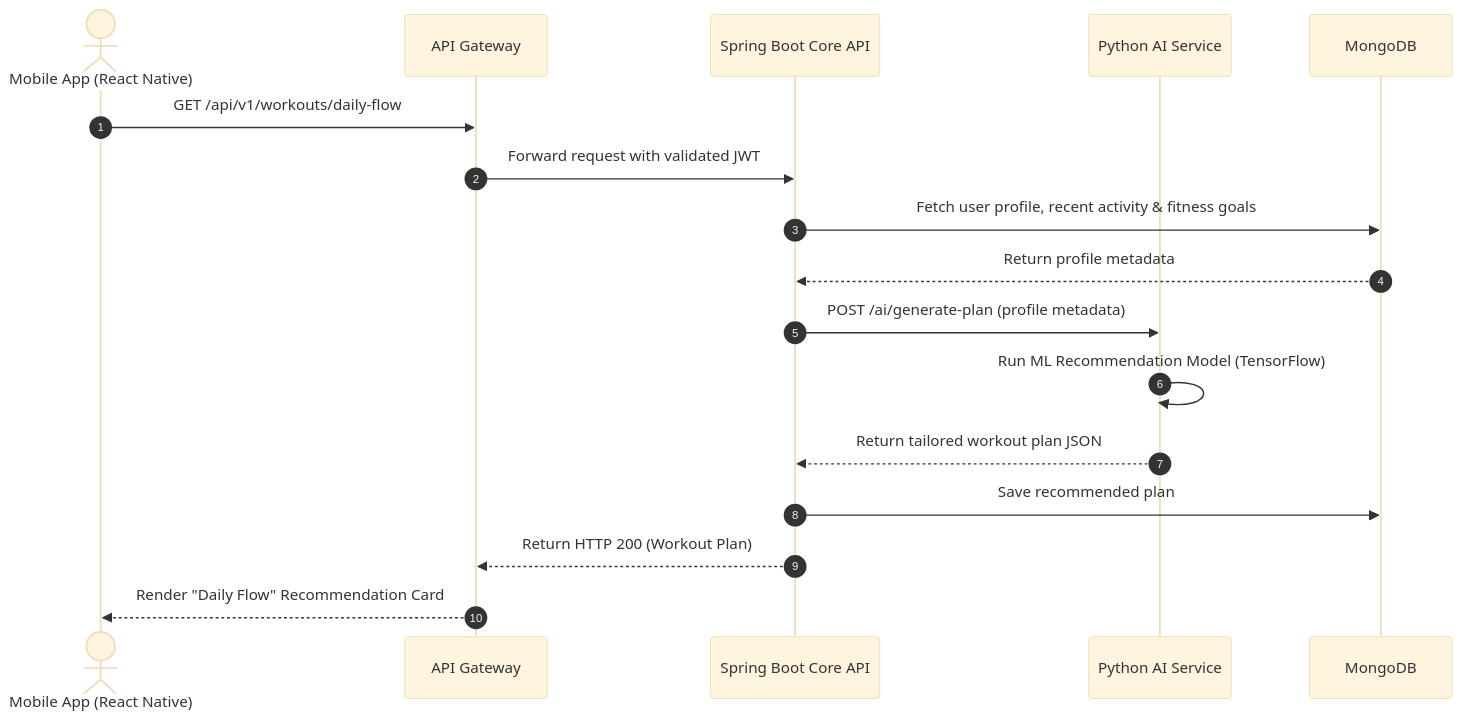
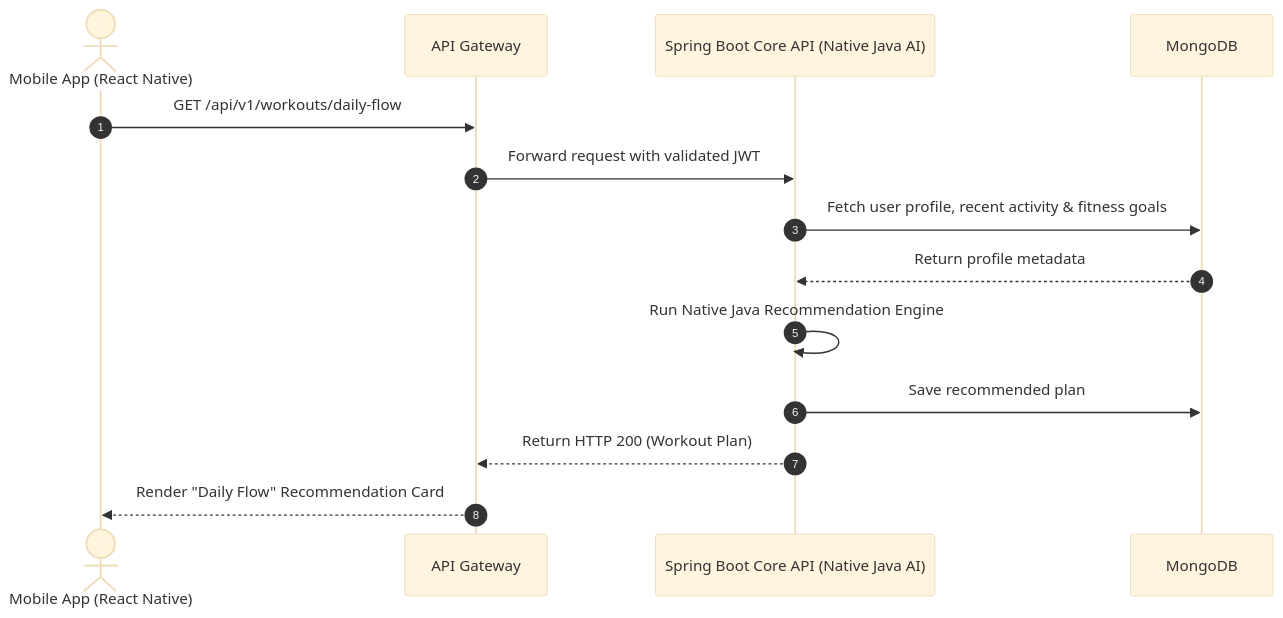
One commit to Ravindu-Dev/fitflow-redesign changed the second of 4 diagrams in docs/activity4-architecture-and-adr.md. Above: the diagram before and after it, drawn with Mermaid (base theme). The commit also changed other lines of this file and 8 other files, not shown here.

````diff
--- a/docs/activity4-architecture-and-adr.md
+++ b/docs/activity4-architecture-and-adr.md
@@ -59,20 +56,17 @@
 ```mermaid
 sequenceDiagram
     autonumber
     actor User as Mobile App (React Native)
     participant GW as API Gateway
-    participant Core as Spring Boot Core API
-    participant AI as Python AI Service
+    participant Core as Spring Boot Core API (Native Java AI)
     participant DB as MongoDB
 
     User->>GW: GET /api/v1/workouts/daily-flow
     GW->>Core: Forward request with validated JWT
     Core->>DB: Fetch user profile, recent activity & fitness goals
     DB-->>Core: Return profile metadata
-    Core->>AI: POST /ai/generate-plan (profile metadata)
-    AI->>AI: Run ML Recommendation Model (TensorFlow)
-    AI-->>Core: Return tailored workout plan JSON
+    Core->>Core: Run Native Java Recommendation Engine
     Core->>DB: Save recommended plan
     Core-->>GW: Return HTTP 200 (Workout Plan)
     GW-->>User: Render "Daily Flow" Recommendation Card
 ```
````
